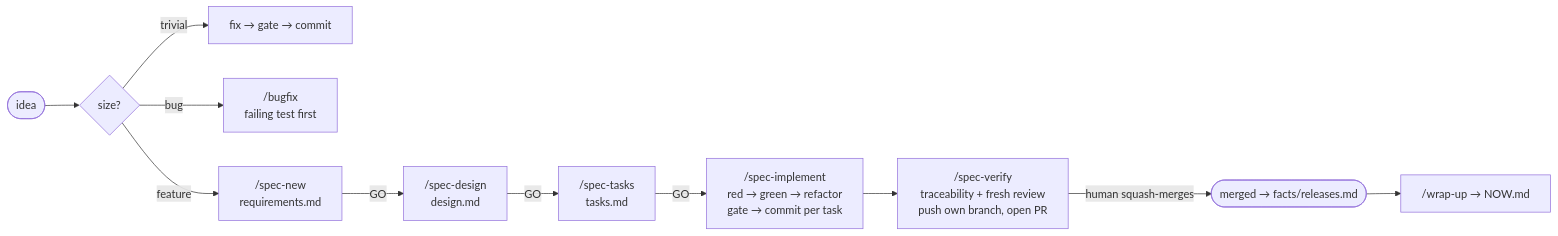
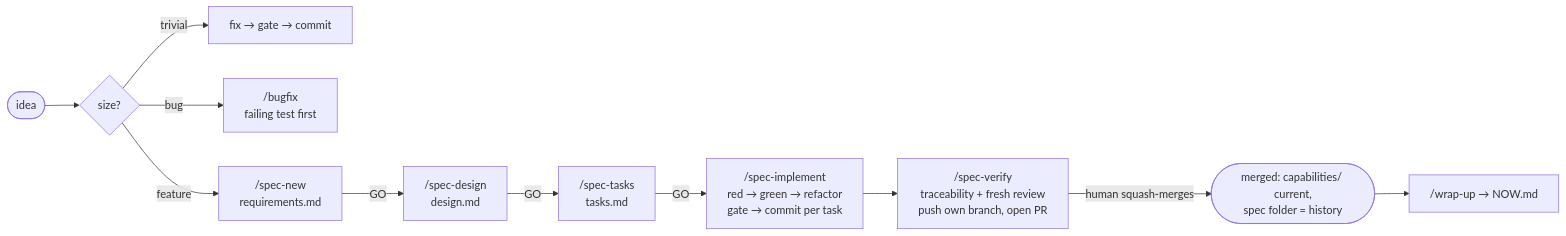
One commit to zatrus/tenreko changed the diagram in docs/WORKFLOW.md. Above: the diagram before and after it, drawn with Mermaid. The commit also changed other lines of this file and 23 other files, not shown here.

````diff
--- a/docs/WORKFLOW.md
+++ b/docs/WORKFLOW.md
@@ -7,13 +7,13 @@
 ```mermaid
 flowchart LR
   idea([idea]) --> triage{size?}
   triage -- trivial --> fix[fix → gate → commit]
   triage -- bug --> bug["/bugfix<br/>failing test first"]
   triage -- feature --> req["/spec-new<br/>requirements.md"]
   req -- GO --> des["/spec-design<br/>design.md"]
   des -- GO --> tasks["/spec-tasks<br/>tasks.md"]
   tasks -- GO --> impl["/spec-implement<br/>red → green → refactor<br/>gate → commit per task"]
   impl --> ver["/spec-verify<br/>traceability + fresh review<br/>push own branch, open PR"]
-  ver -- human squash-merges --> done([merged → facts/releases.md])
+  ver -- human squash-merges --> done([merged: capabilities/ current,<br/>spec folder = history])
   done --> wrap["/wrap-up → NOW.md"]
 ```
````
